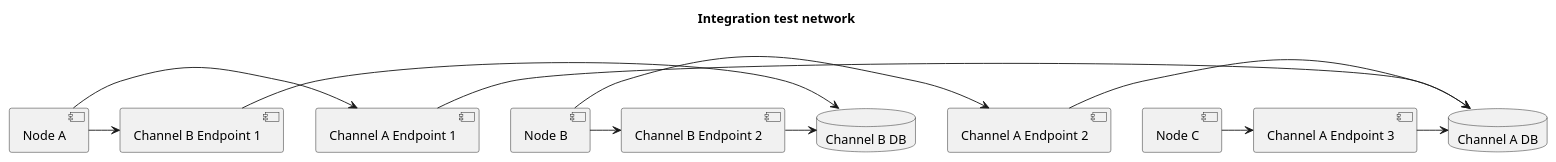
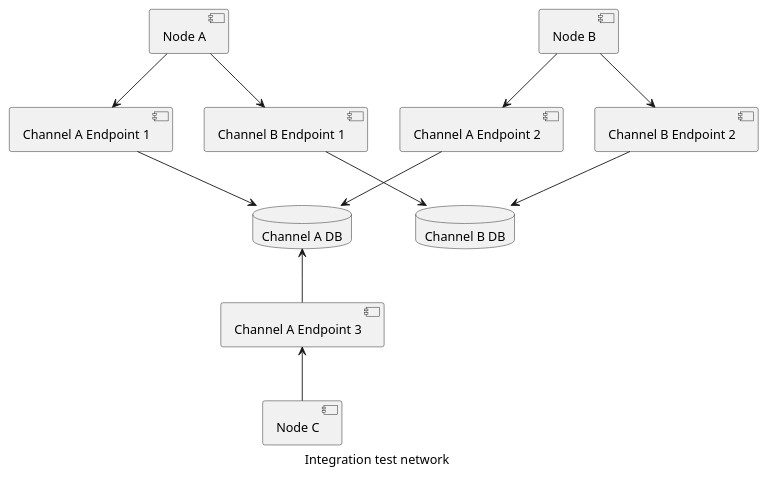
The sixth of 6 diagrams in docs/channel_api.rst (trustbridge/intergov), drawn with PlantUML before and after one commit. The commit also changed other lines of this file and 3 other files, not shown here.

Commit message:
Pushing mostly good doco about the channel api and removing other still WIP notes and diagrams

```diff
--- a/docs/channel_api.rst
+++ b/docs/channel_api.rst
@@ -710,34 +252,34 @@
 .. uml::
 
    @startuml
-   title Integration test network
+   caption Integration test network
    
    [Node A] as node_a
    [Node B] as node_b
    [Node C] as node_c
 
    [Channel A Endpoint 1] as channel_a_endpoint_1
    [Channel A Endpoint 2] as channel_a_endpoint_2
    [Channel A Endpoint 3] as channel_a_endpoint_3
    Database "Channel A DB" as channel_a_db
 
    [Channel B Endpoint 1] as channel_b_endpoint_1
    [Channel B Endpoint 2] as channel_b_endpoint_2
    Database "Channel B DB" as channel_b_db
 
-   node_a -> channel_a_endpoint_1
-   node_a -> channel_b_endpoint_1
 
-   node_b -> channel_a_endpoint_2
-   node_b -> channel_b_endpoint_2
+   node_a -down-> channel_a_endpoint_1
+   node_a -down-> channel_b_endpoint_1
 
-   node_c -> channel_a_endpoint_3
+   node_b -down-> channel_a_endpoint_2
+   node_b -down-> channel_b_endpoint_2
 
-   channel_a_endpoint_1 -> channel_a_db
-   channel_a_endpoint_2 -> channel_a_db
-   channel_a_endpoint_3 -> channel_a_db
+   node_c -up-> channel_a_endpoint_3
 
-   channel_b_endpoint_1 -> channel_b_db
-   channel_b_endpoint_2 -> channel_b_db
+   channel_a_endpoint_1 -down-> channel_a_db
+   channel_a_endpoint_2 --> channel_a_db
+   channel_a_endpoint_3 -up-> channel_a_db
 
+   channel_b_endpoint_1 -down-> channel_b_db
+   channel_b_endpoint_2 -down-> channel_b_db
    @enduml
```
